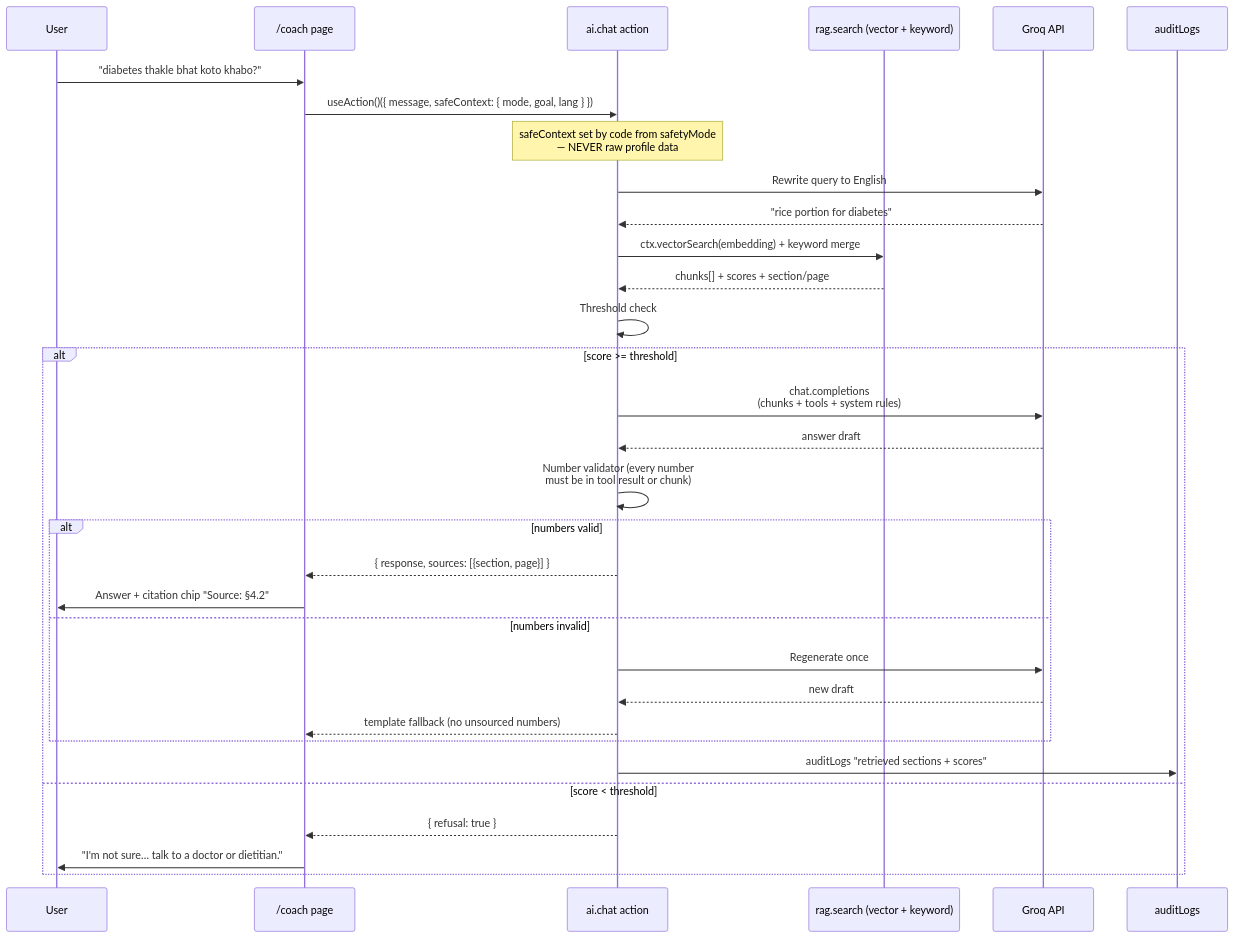
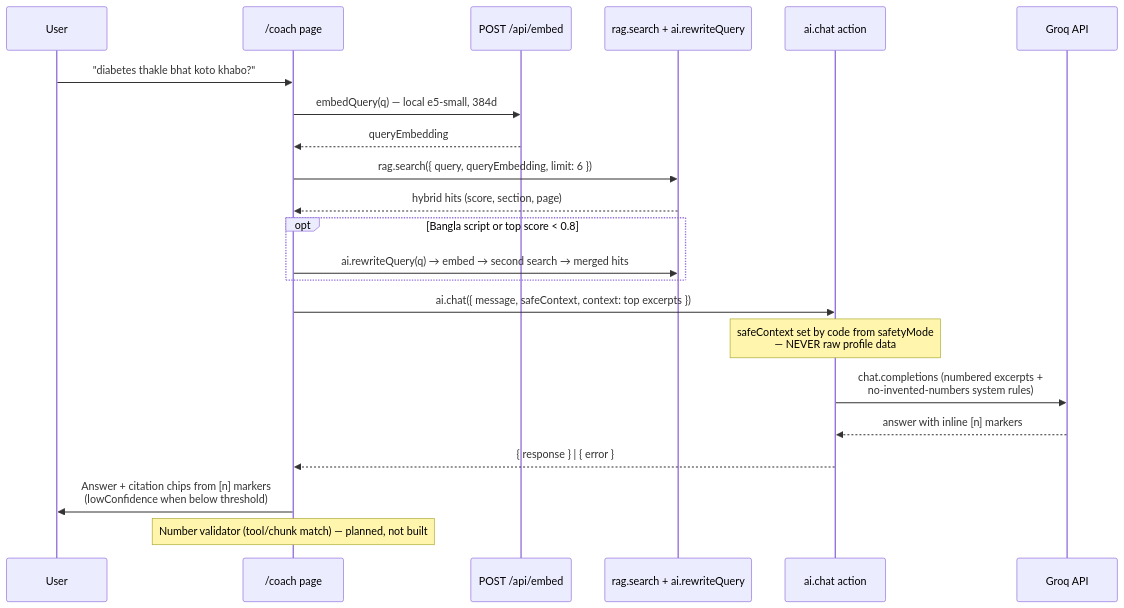
Before and after one commit to Moballig/habitforge: diagram 11 of 14 in docs/DIAGRAMS.md, drawn with Mermaid. The commit also changed other lines of this file and 10 other files, not shown here.

````diff
--- a/docs/DIAGRAMS.md
+++ b/docs/DIAGRAMS.md
@@ -416,37 +415,25 @@
 ```mermaid
 sequenceDiagram
     participant U as User
     participant UI as /coach page
+    participant EM as POST /api/embed
+    participant R as rag.search + ai.rewriteQuery
     participant A as ai.chat action
-    participant E as rag.search (vector + keyword)
     participant G as Groq API
-    participant DB as auditLogs
 
     U->>UI: "diabetes thakle bhat koto khabo?"
-    UI->>A: useAction()({ message, safeContext: { mode, goal, lang } })
+    UI->>EM: embedQuery(q) — local e5-small, 384d
+    EM-->>UI: queryEmbedding
+    UI->>R: rag.search({ query, queryEmbedding, limit: 6 })
+    R-->>UI: hybrid hits (score, section, page)
+    opt Bangla script or top score < 0.8
+        UI->>R: ai.rewriteQuery(q) → embed → second search → merged hits
+    end
+    UI->>A: ai.chat({ message, safeContext, context: top excerpts })
     Note over A: safeContext set by code from safetyMode<br/>— NEVER raw profile data
-
-    A->>G: Rewrite query to English
-    G-->>A: "rice portion for diabetes"
-    A->>E: ctx.vectorSearch(embedding) + keyword merge
-    E-->>A: chunks[] + scores + section/page
-    A->>A: Threshold check
-
-    alt score >= threshold
-        A->>G: chat.completions<br/>(chunks + tools + system rules)
-        G-->>A: answer draft
-        A->>A: Number validator (every number<br/>must be in tool result or chunk)
-        alt numbers valid
-            A-->>UI: { response, sources: [{section, page}] }
-            UI->>U: Answer + citation chip "Source: §4.2"
-        else numbers invalid
-            A->>G: Regenerate once
-            G-->>A: new draft
-            A-->>UI: template fallback (no unsourced numbers)
-        end
-        A->>DB: auditLogs "retrieved sections + scores"
-    else score < threshold
-        A-->>UI: { refusal: true }
-        UI->>U: "I'm not sure… talk to a doctor or dietitian."
-    end
+    A->>G: chat.completions (numbered excerpts +<br/>no-invented-numbers system rules)
+    G-->>A: answer with inline [n] markers
+    A-->>UI: { response } | { error }
+    UI->>U: Answer + citation chips from [n] markers<br/>(lowConfidence when below threshold)
+    Note over UI: Number validator (tool/chunk match) — planned, not built
 ```
````
